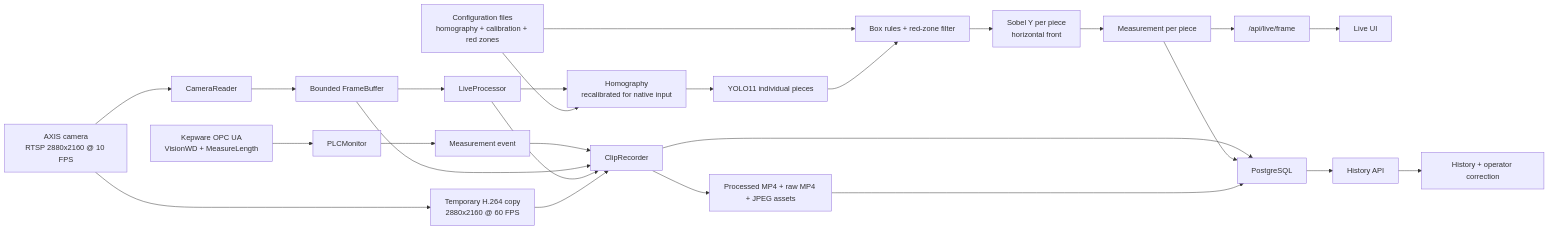
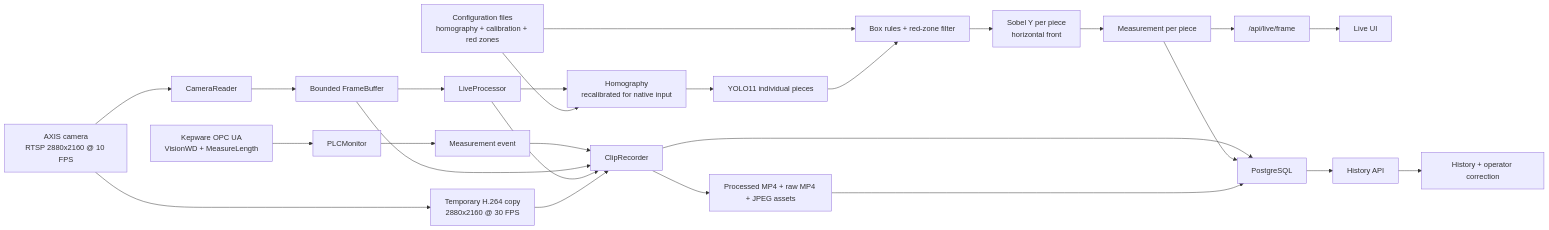
The first of 2 diagrams in LIVE_MVP_INTEGRATION_README.md (LFRPuente/tx2_repository), drawn with Mermaid before and after one commit. The commit also changed other lines of this file and 4 other files, not shown here.

Commit message:
Record native raw clips at 30 fps

````diff
--- a/LIVE_MVP_INTEGRATION_README.md
+++ b/LIVE_MVP_INTEGRATION_README.md
@@ -375,29 +375,29 @@
 ```mermaid
 flowchart LR
     Camera["AXIS camera<br/>RTSP 2880x2160 @ 10 FPS"] --> Reader["CameraReader"]
-    Camera --> RawCopy["Temporary H.264 copy<br/>2880x2160 @ 60 FPS"]
+    Camera --> RawCopy["Temporary H.264 copy<br/>2880x2160 @ 30 FPS"]
     Reader --> Buffer["Bounded FrameBuffer"]
     Buffer --> Processor["LiveProcessor"]
     Processor --> Warp["Homography<br/>recalibrated for native input"]
     Warp --> Yolo["YOLO11 individual pieces"]
     Config["Configuration files<br/>homography + calibration + red zones"] --> Warp
     Config --> Rules["Box rules + red-zone filter"]
     Yolo --> Rules
     Rules --> Sobel["Sobel Y per piece<br/>horizontal front"]
     Sobel --> Measure["Measurement per piece"]
     Measure --> LiveAPI["/api/live/frame"]
     LiveAPI --> LiveUI["Live UI"]
 
     PLC["Kepware OPC UA<br/>VisionWD + MeasureLength"] --> Monitor["PLCMonitor"]
     Monitor --> Event["Measurement event"]
     Event --> Recorder["ClipRecorder"]
     Buffer --> Recorder
     Processor --> Recorder
     RawCopy --> Recorder
     Recorder --> Assets["Processed MP4 + raw MP4 + JPEG assets"]
     Recorder --> DB["PostgreSQL"]
     Measure --> DB
     Assets --> DB
     DB --> HistoryAPI["History API"]
     HistoryAPI --> HistoryUI["History + operator correction"]
 ```
````
